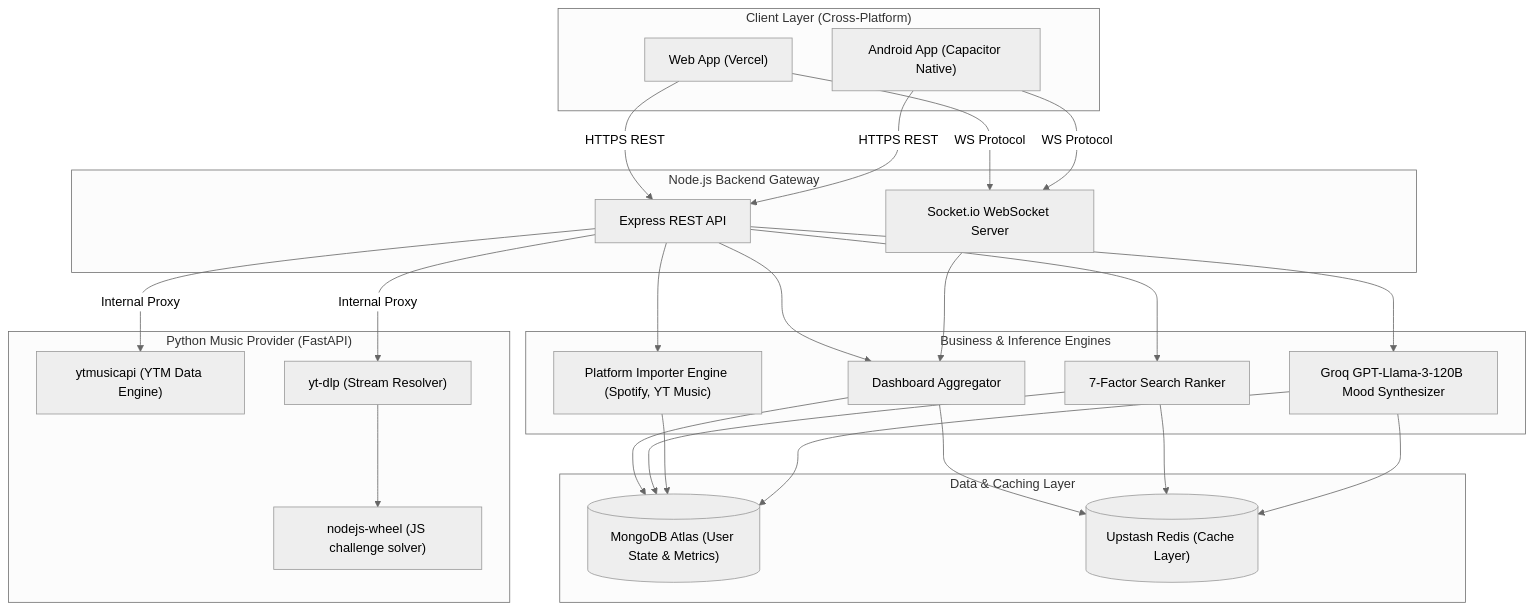
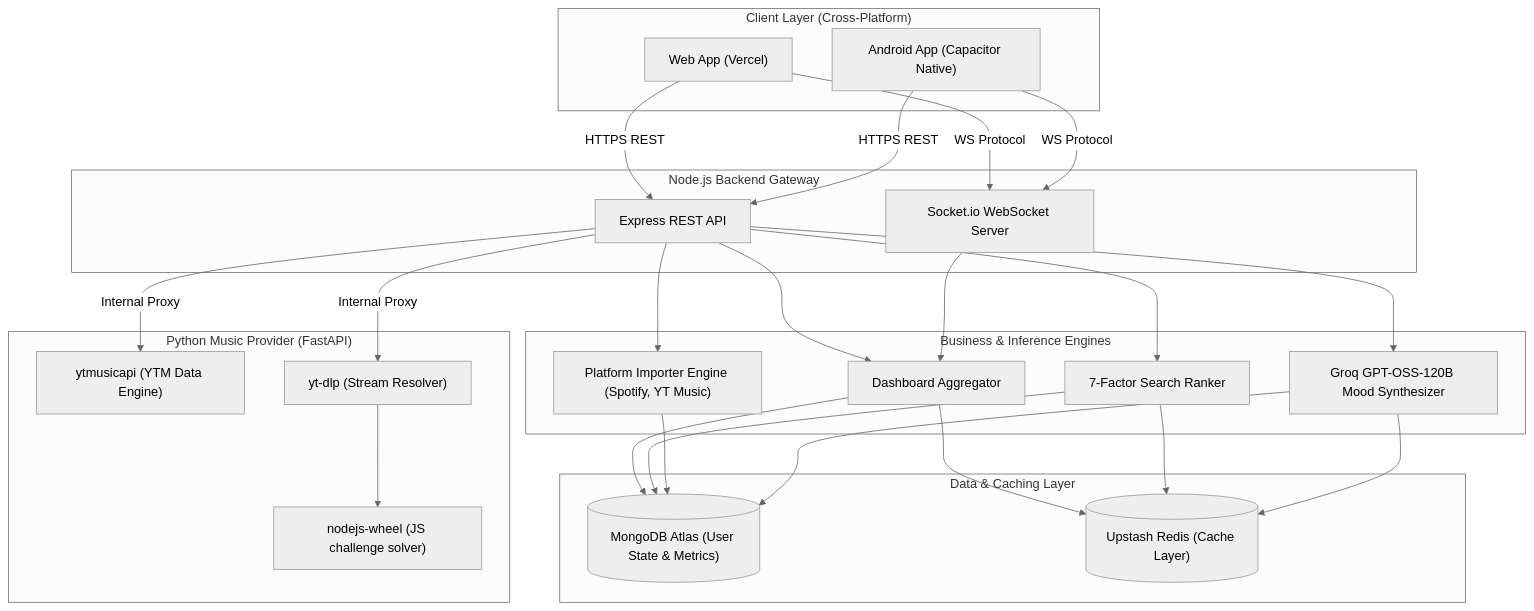
The diagram in README.md (itslokeshx/SoulSync), drawn with Mermaid (neutral theme) before and after one commit. The commit also changed other lines of this file, not shown here.

Commit message:
docs: update AI model nomenclature from GPT-Llama-3-120B to GPT-OSS-120B in README

````diff
--- a/README.md
+++ b/README.md
@@ -48,41 +48,41 @@
 ```mermaid
 flowchart TD
     subgraph Client ["Client Layer (Cross-Platform)"]
         Web["Web App (Vercel)"]
         Android["Android App (Capacitor Native)"]
     end
 
     subgraph Proxy ["Node.js Backend Gateway"]
         REST["Express REST API"]
         WS["Socket.io WebSocket Server"]
     end
 
     subgraph Provider ["Python Music Provider (FastAPI)"]
         YTM["ytmusicapi (YTM Data Engine)"]
         YTDL["yt-dlp (Stream Resolver)"]
         NodeWheel["nodejs-wheel (JS challenge solver)"]
     end
 
     subgraph Backend ["Business & Inference Engines"]
         Ranker["7-Factor Search Ranker"]
         Import["Platform Importer Engine (Spotify, YT Music)"]
-        AI["Groq GPT-Llama-3-120B Mood Synthesizer"]
+        AI["Groq GPT-OSS-120B Mood Synthesizer"]
         Dash["Dashboard Aggregator"]
     end
 
     subgraph Infrastructure ["Data & Caching Layer"]
         Mongo[("MongoDB Atlas (User State & Metrics)")]
         Redis[("Upstash Redis (Cache Layer)")]
     end
 
     Web & Android -->|HTTPS REST| REST
     Web & Android -->|WS Protocol| WS
 
     REST --> Dash & Ranker & Import & AI
     REST -->|Internal Proxy| YTM & YTDL
     YTDL --> NodeWheel
     WS --> Dash
 
     Dash & Ranker & Import & AI --> Mongo
     Dash & Ranker & AI --> Redis
 ```
````
